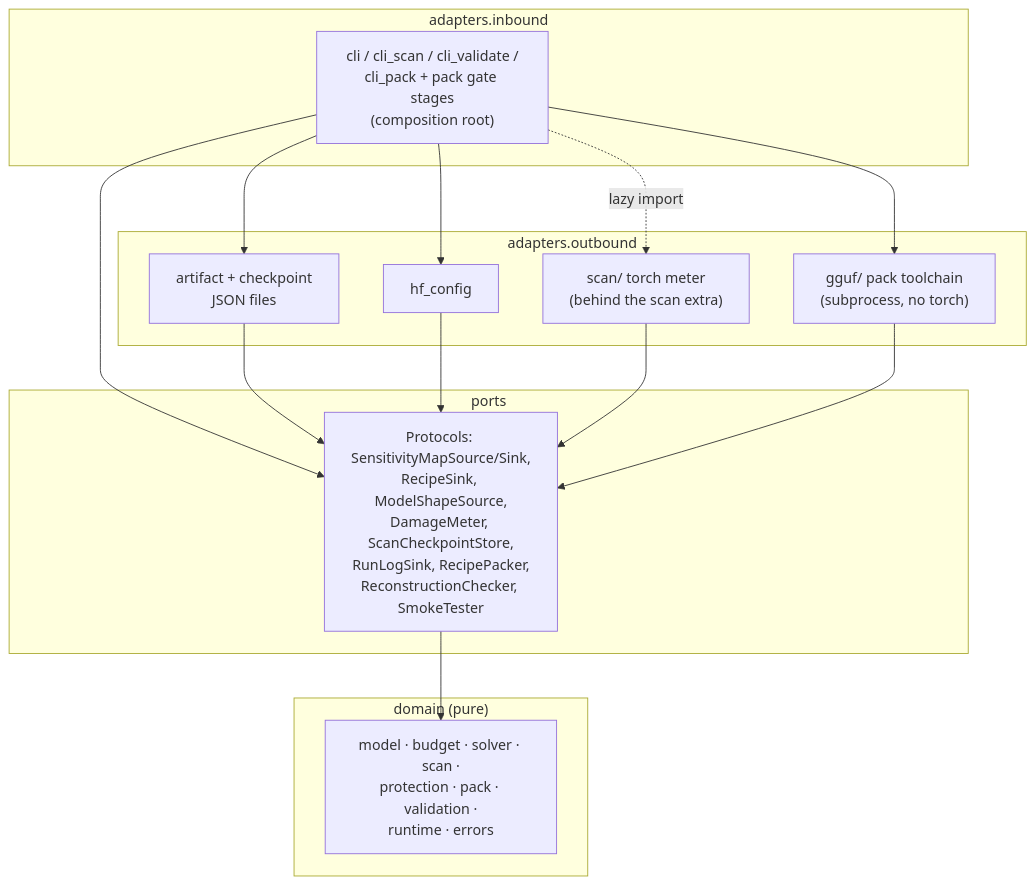
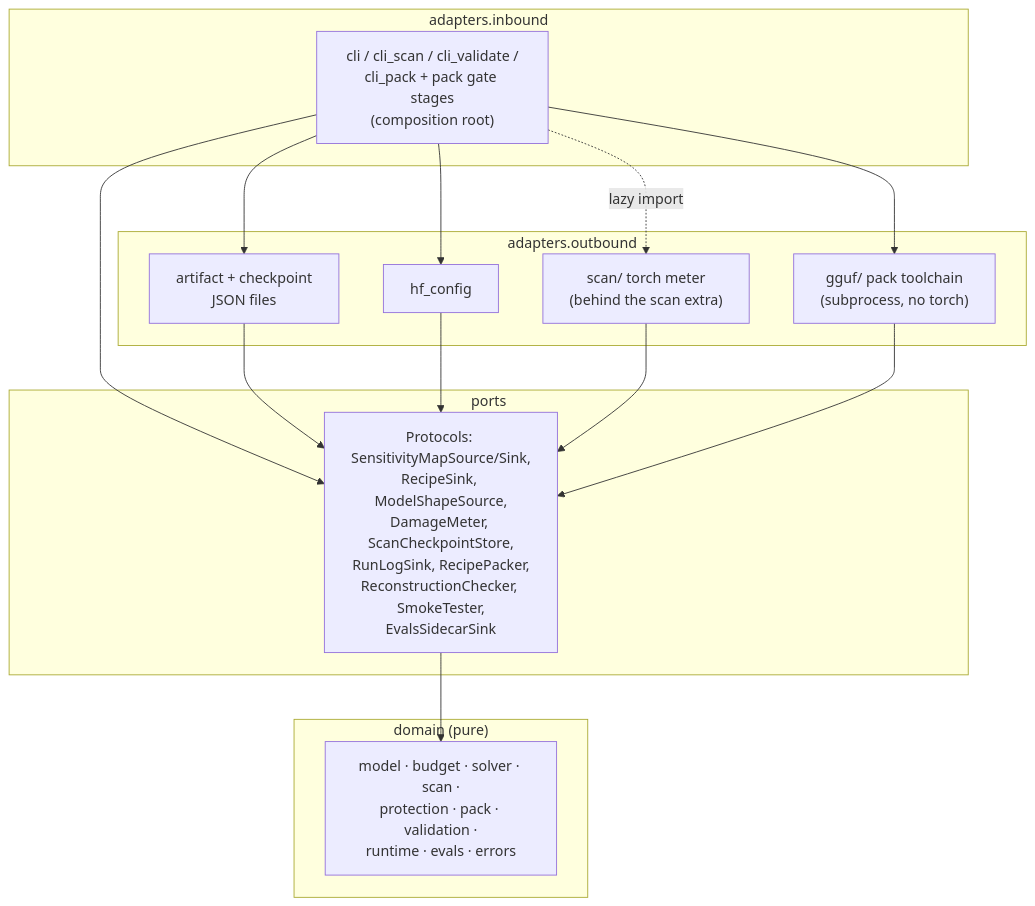
Before and after one commit to Alberto-Codes/vramfit: the second of 3 diagrams in docs/explanation/architecture.md, drawn with Mermaid. The commit also changed 3 other files, not shown here.

````diff
--- a/docs/explanation/architecture.md
+++ b/docs/explanation/architecture.md
@@ -55,28 +55,28 @@
 ```mermaid
 flowchart TD
     subgraph inbound["adapters.inbound"]
         CLI["cli / cli_scan / cli_validate /<br/>cli_pack + pack gate stages<br/>(composition root)"]
     end
     subgraph outbound["adapters.outbound"]
         JSONAD["artifact + checkpoint<br/>JSON files"]
         HF["hf_config"]
         TORCH["scan/ torch meter<br/>(behind the scan extra)"]
         GGUF["gguf/ pack toolchain<br/>(subprocess, no torch)"]
     end
     subgraph ports["ports"]
-        P["Protocols: SensitivityMapSource/Sink,<br/>RecipeSink, ModelShapeSource,<br/>DamageMeter, ScanCheckpointStore,<br/>RunLogSink, RecipePacker,<br/>ReconstructionChecker, SmokeTester"]
+        P["Protocols: SensitivityMapSource/Sink,<br/>RecipeSink, ModelShapeSource,<br/>DamageMeter, ScanCheckpointStore,<br/>RunLogSink, RecipePacker,<br/>ReconstructionChecker, SmokeTester,<br/>EvalsSidecarSink"]
     end
     subgraph domain["domain (pure)"]
-        D["model · budget · solver · scan ·<br/>protection · pack · validation ·<br/>runtime · errors"]
+        D["model · budget · solver · scan ·<br/>protection · pack · validation ·<br/>runtime · evals · errors"]
     end
     CLI --> JSONAD
     CLI --> HF
     CLI -.->|lazy import| TORCH
     CLI --> GGUF
     CLI --> P
     JSONAD --> P
     HF --> P
     TORCH --> P
     GGUF --> P
     P --> D
 ```
````
